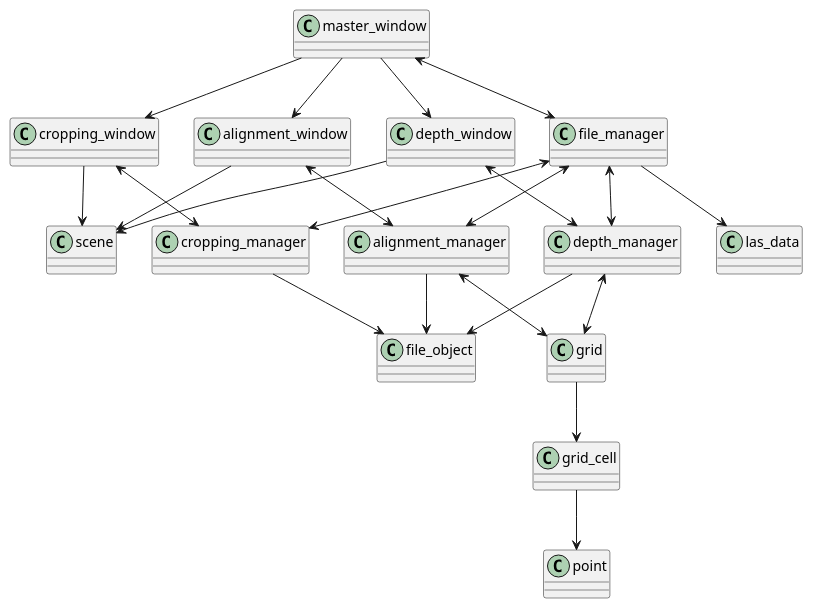
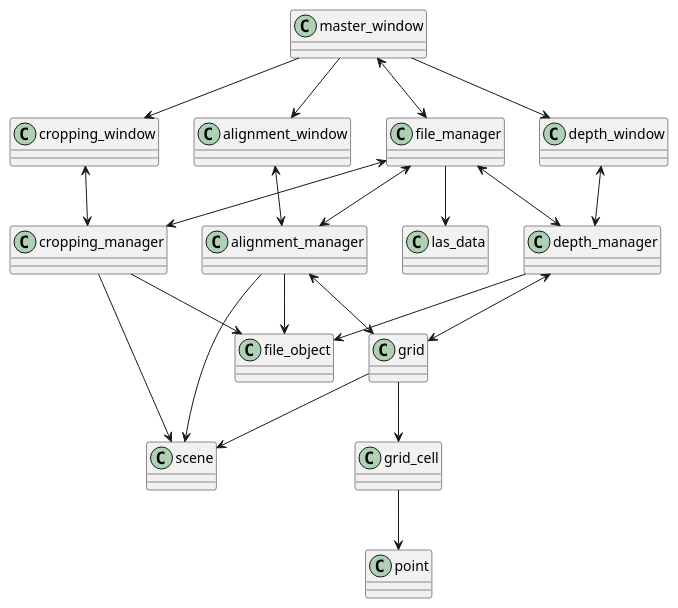
Before and after one commit to pottsen/LidarViewer: the diagram in viewer/uml_diagram.puml, drawn with PlantUML. The commit also changed 4 other files, not shown here.

Commit message:
rearranges scene from grid to depth manager

```diff
--- a/viewer/uml_diagram.puml
+++ b/viewer/uml_diagram.puml
@@ -1,47 +1,46 @@
 @startuml
 class master_window
 class file_manager
 class cropping_window
 class depth_window
 class alignment_window
 class cropping_manager
 class depth_manager
 class alignment_manager
 class las_data
 class scene
 class grid
 class file_object
 class grid_cell
 class point
 
 master_window <--> file_manager
 master_window --> cropping_window
 master_window --> alignment_window
 master_window --> depth_window
 
+depth_window <--> depth_manager
+alignment_window <--> alignment_manager
+cropping_window <--> cropping_manager
+
+depth_manager <--> grid
+depth_manager --> file_object
+
+alignment_manager --> scene
+alignment_manager <--> grid
+alignment_manager --> file_object
+
+
+cropping_manager --> scene
+cropping_manager --> file_object
+
 file_manager <--> cropping_manager
 file_manager <--> alignment_manager
 file_manager <--> depth_manager
 file_manager --> las_data
 
-depth_window <--> depth_manager
-depth_window --> scene
-
-depth_manager <--> grid
-depth_manager --> file_object
-
-alignment_window <--> alignment_manager
-alignment_window --> scene
-
-alignment_manager <--> grid
-alignment_manager --> file_object
-
-cropping_window <--> cropping_manager
-cropping_window --> scene
-
-cropping_manager --> file_object
-
+grid --> scene
 grid --> grid_cell
 
 grid_cell --> point
 @enduml
```
